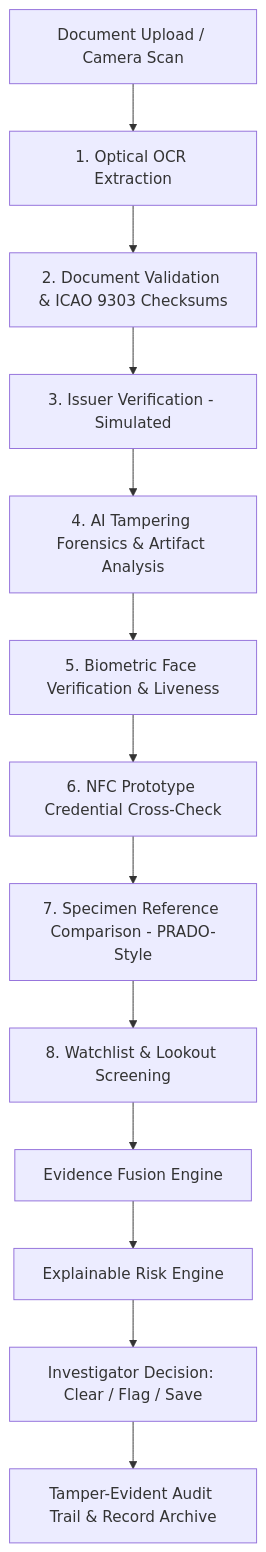
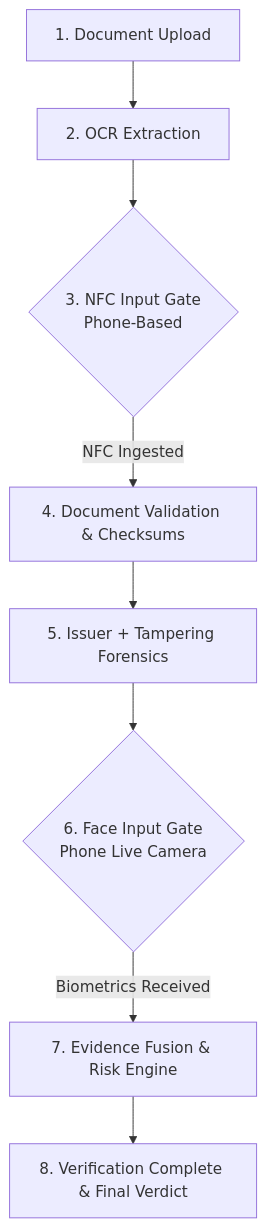
The first of 2 diagrams in README.md (mokshit510/Collaboration-learning), drawn with Mermaid before and after one commit. The commit also changed other lines of this file and 104 other files, not shown here.

Commit message:
feat: baseline project state with mobile-web, unified ai-services, backend NFC/face pipelines, and launcher

````diff
--- a/README.md
+++ b/README.md
@@ -58,15 +58,10 @@
 ```mermaid
 graph TD
-    A[Document Upload / Camera Scan] --> B[1. Optical OCR Extraction]
-    B --> C[2. Document Validation & ICAO 9303 Checksums]
-    C --> D[3. Issuer Verification - Simulated]
-    D --> E[4. AI Tampering Forensics & Artifact Analysis]
-    E --> F[5. Biometric Face Verification & Liveness]
-    F --> G[6. NFC Prototype Credential Cross-Check]
-    G --> H[7. Specimen Reference Comparison - PRADO-Style]
-    H --> I[8. Watchlist & Lookout Screening]
-    I --> J[Evidence Fusion Engine]
-    J --> K[Explainable Risk Engine]
-    K --> L[Investigator Decision: Clear / Flag / Save]
-    L --> M[Tamper-Evident Audit Trail & Record Archive]
+    A[1. Document Upload] --> B[2. OCR Extraction]
+    B --> C{3. NFC Input Gate\nPhone-Based}
+    C -->|NFC Ingested| D[4. Document Validation & Checksums]
+    D --> E[5. Issuer + Tampering Forensics]
+    E --> F{6. Face Input Gate\nPhone Live Camera}
+    F -->|Biometrics Received| G[7. Evidence Fusion & Risk Engine]
+    G --> H[8. Verification Complete & Final Verdict]
 ```
````
